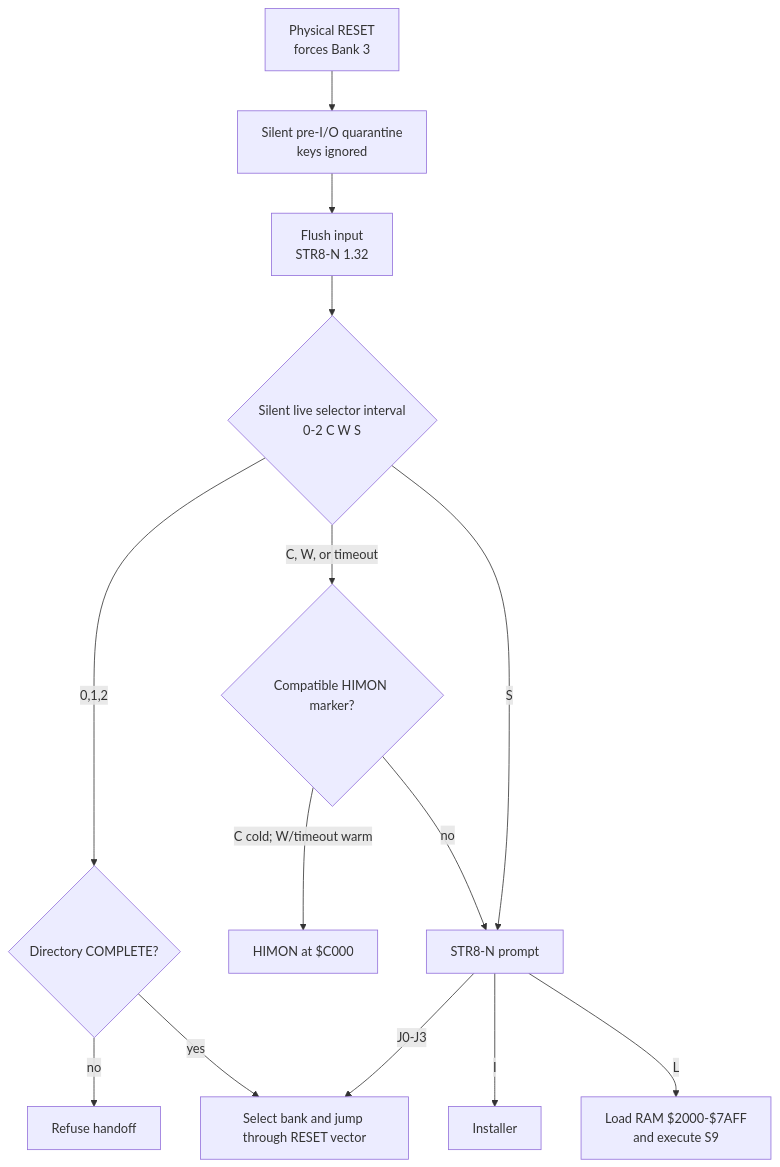
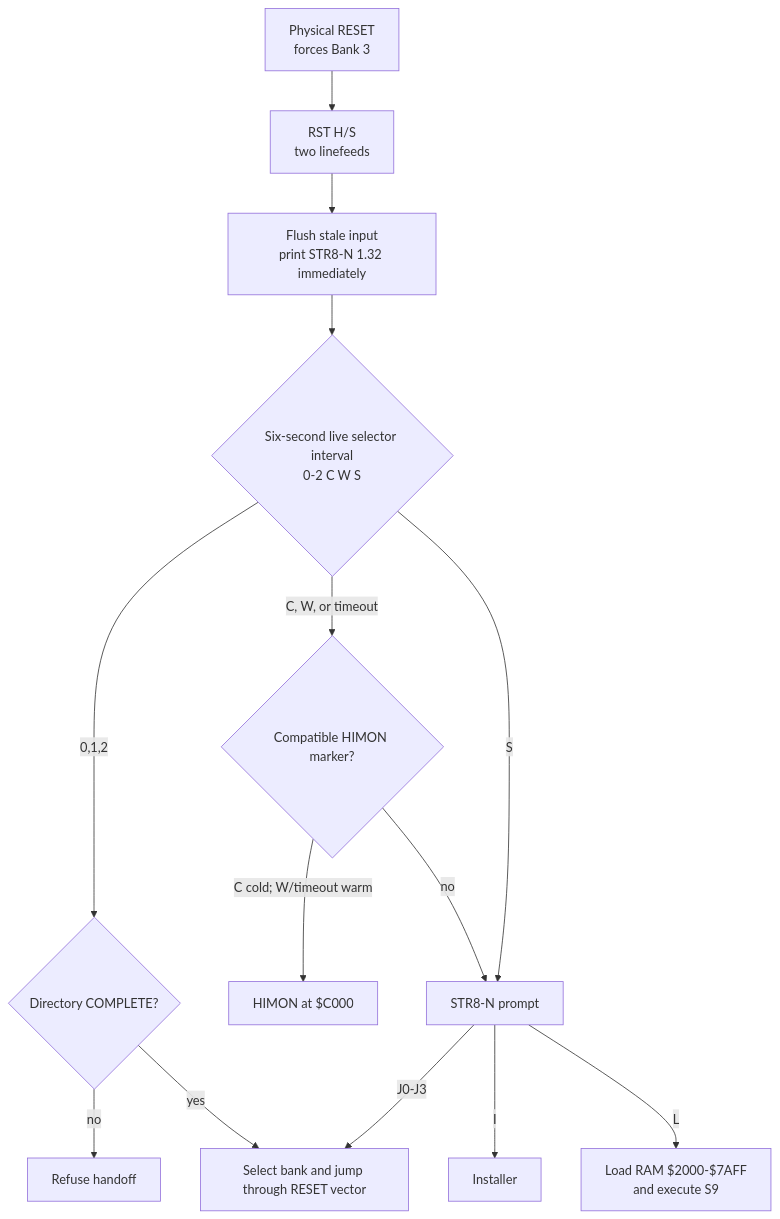
One commit to 95westus/STR8-N changed the fourth of 14 diagrams in docs/MAPS.md. Above: the diagram before and after it, drawn with Mermaid. The commit also changed other lines of this file and 8 other files, not shown here.

Commit message:
Print STR8-N banner immediately after reset

````diff
--- a/docs/MAPS.md
+++ b/docs/MAPS.md
@@ -89,16 +89,16 @@
 ```mermaid
 flowchart TD
-    R[Physical RESET<br/>forces Bank 3] --> A[Silent pre-I/O quarantine<br/>keys ignored]
-    A --> P[Flush input<br/>STR8-N 1.32]
-    P --> Q{Silent live selector interval<br/>0-2 C W S}
+    R[Physical RESET<br/>forces Bank 3] --> A[RST H/S<br/>two linefeeds]
+    A --> P[Flush stale input<br/>print STR8-N 1.32 immediately]
+    P --> Q{Six-second live selector interval<br/>0-2 C W S}
     Q -->|0,1,2| C{Directory COMPLETE?}
     C -->|no| F[Refuse handoff]
     C -->|yes| J[Select bank and jump through RESET vector]
     Q -->|C, W, or timeout| M{Compatible HIMON marker?}
     M -->|C cold; W/timeout warm| H[HIMON at $C000]
     M -->|no| S[STR8-N prompt]
     Q -->|S| S
     S -->|J0-J3| J
     S -->|I| I[Installer]
     S -->|L| L[Load RAM $2000-$7AFF<br/>and execute S9]
 ```
````
